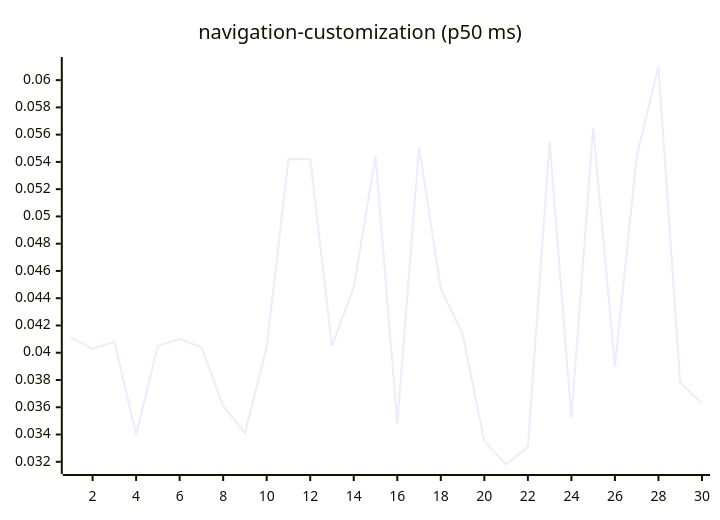
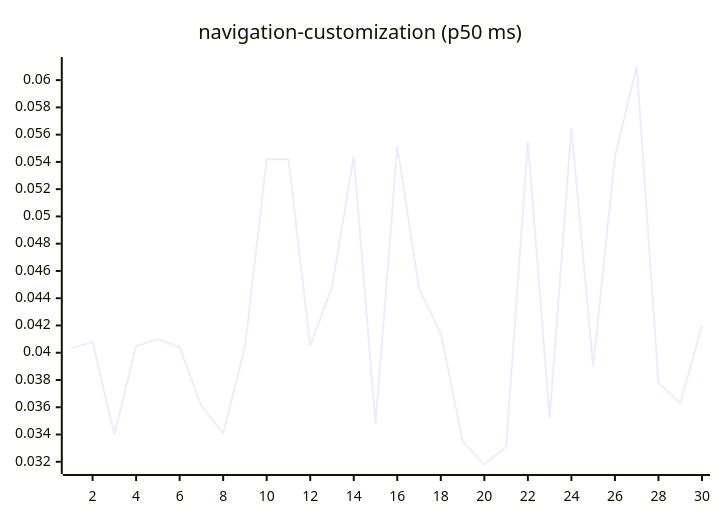
Diagram 15 of 27 in README.md (josha/Facet), drawn with Mermaid before and after one commit. The commit also changed other lines of this file and 2 other files, not shown here.

````diff
--- a/README.md
+++ b/README.md
@@ -161,6 +161,6 @@
 ```mermaid
 xychart-beta
     title "navigation-customization (p50 ms)"
     x-axis 1 --> 30
-    line [0.0411, 0.0403, 0.0408, 0.0340, 0.0405, 0.0410, 0.0404, 0.0361, 0.0341, 0.0404, 0.0542, 0.0542, 0.0405, 0.0448, 0.0544, 0.0348, 0.0551, 0.0447, 0.0414, 0.0335, 0.0318, 0.0331, 0.0555, 0.0352, 0.0565, 0.0390, 0.0544, 0.0610, 0.0378, 0.0363]
+    line [0.0403, 0.0408, 0.0340, 0.0405, 0.0410, 0.0404, 0.0361, 0.0341, 0.0404, 0.0542, 0.0542, 0.0405, 0.0448, 0.0544, 0.0348, 0.0551, 0.0447, 0.0414, 0.0335, 0.0318, 0.0331, 0.0555, 0.0352, 0.0565, 0.0390, 0.0544, 0.0610, 0.0378, 0.0363, 0.0420]
 ```
````
